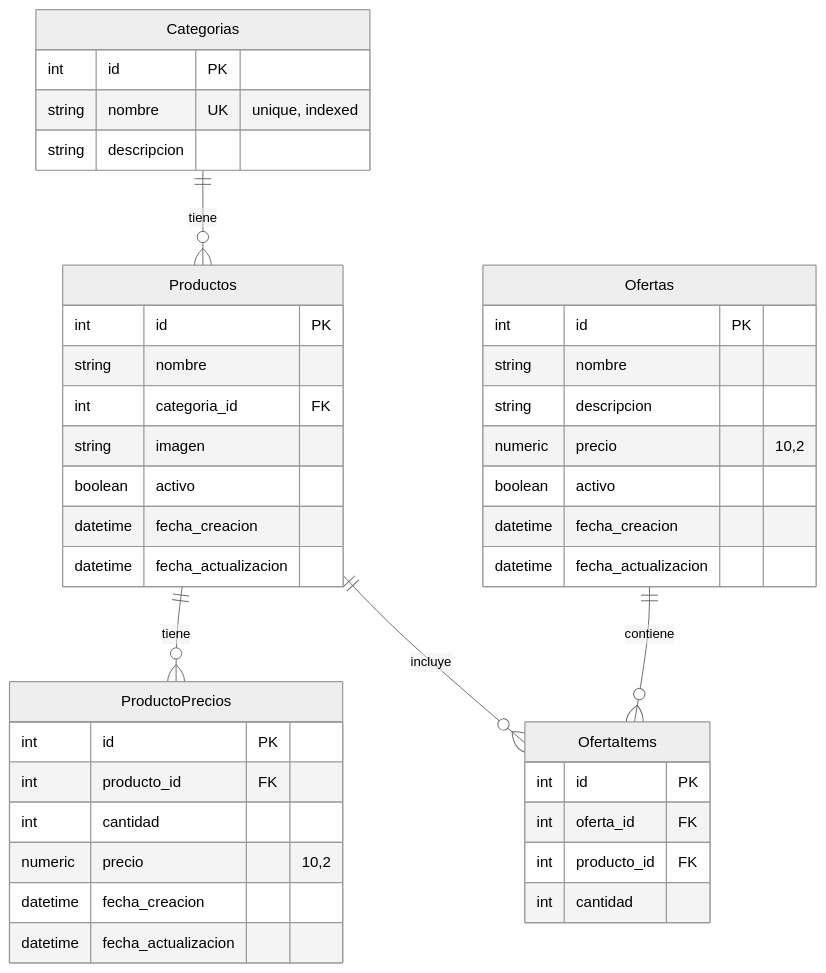
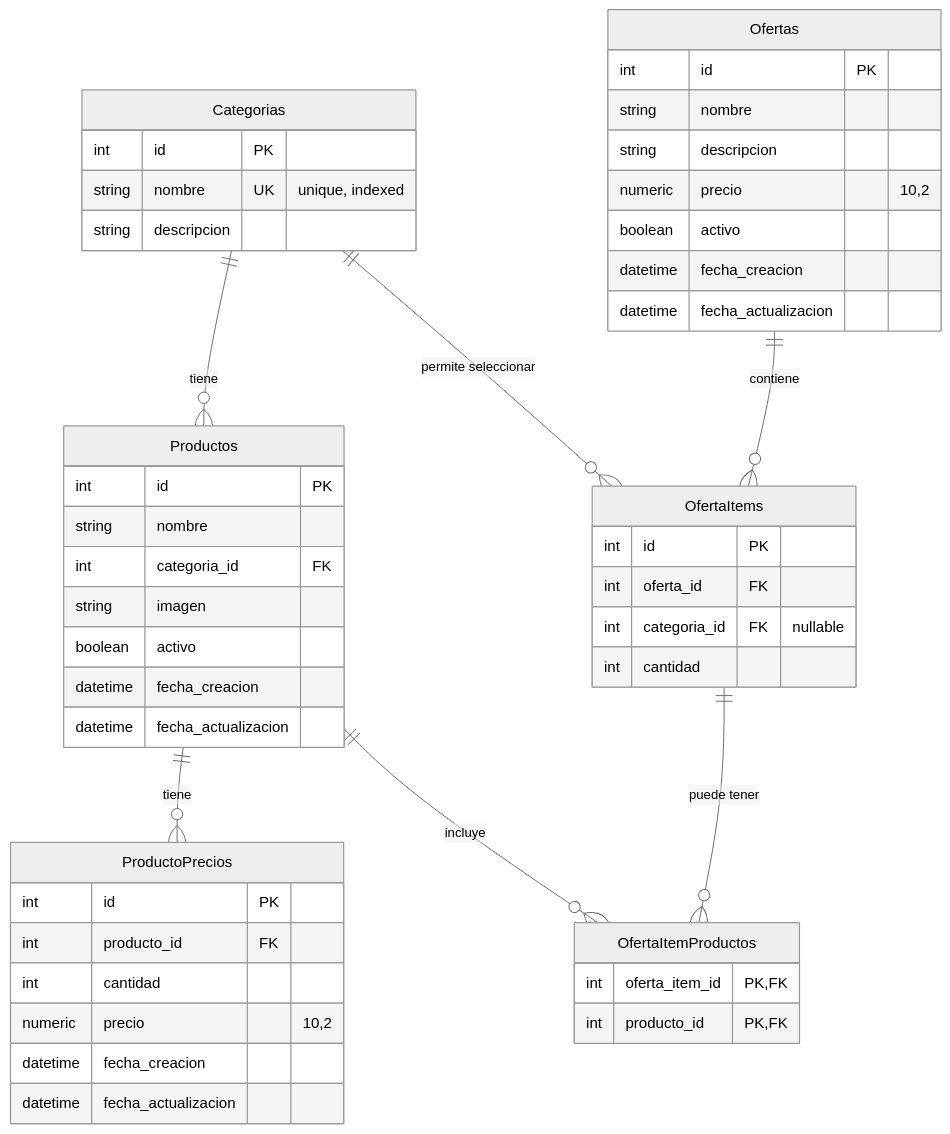
Before and after one commit to facundosofo/PizzaFiori: the diagram in docs/DIAGRAMA_BASE_DATOS.md, drawn with Mermaid (neutral theme). The commit also changed other lines of this file and 1 other file, not shown here.

````diff
--- a/docs/DIAGRAMA_BASE_DATOS.md
+++ b/docs/DIAGRAMA_BASE_DATOS.md
@@ -9,49 +9,56 @@
 ```mermaid
 erDiagram
     Categorias ||--o{ Productos : "tiene"
+    Categorias ||--o{ OfertaItems : "permite seleccionar"
     Productos ||--o{ ProductoPrecios : "tiene"
-    Productos ||--o{ OfertaItems : "incluye"
+    Productos ||--o{ OfertaItemProductos : "incluye"
     Ofertas ||--o{ OfertaItems : "contiene"
+    OfertaItems ||--o{ OfertaItemProductos : "puede tener"
     
     Categorias {
         int id PK
         string nombre UK "unique, indexed"
         string descripcion
     }
     
     Productos {
         int id PK
         string nombre
         int categoria_id FK
         string imagen
         boolean activo
         datetime fecha_creacion
         datetime fecha_actualizacion
     }
     
     ProductoPrecios {
         int id PK
         int producto_id FK
         int cantidad
         numeric precio "10,2"
         datetime fecha_creacion
         datetime fecha_actualizacion
     }
     
     Ofertas {
         int id PK
         string nombre
         string descripcion
         numeric precio "10,2"
         boolean activo
         datetime fecha_creacion
         datetime fecha_actualizacion
     }
     
     OfertaItems {
         int id PK
         int oferta_id FK
-        int producto_id FK
+        int categoria_id FK "nullable"
         int cantidad
     }
+    
+    OfertaItemProductos {
+        int oferta_item_id PK,FK
+        int producto_id PK,FK
+    }
 ```
````
